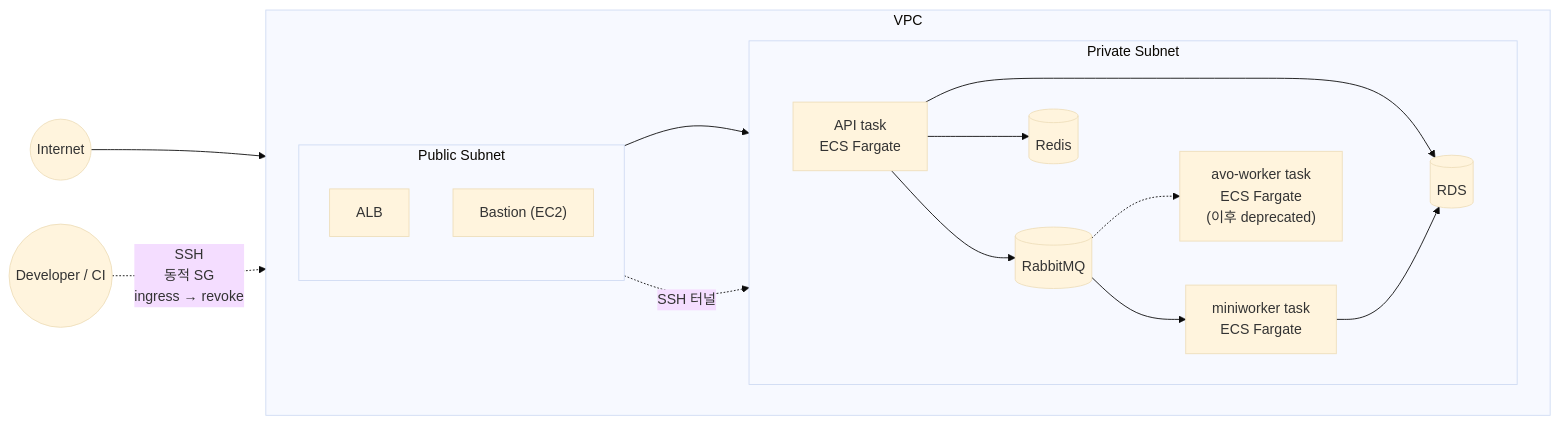
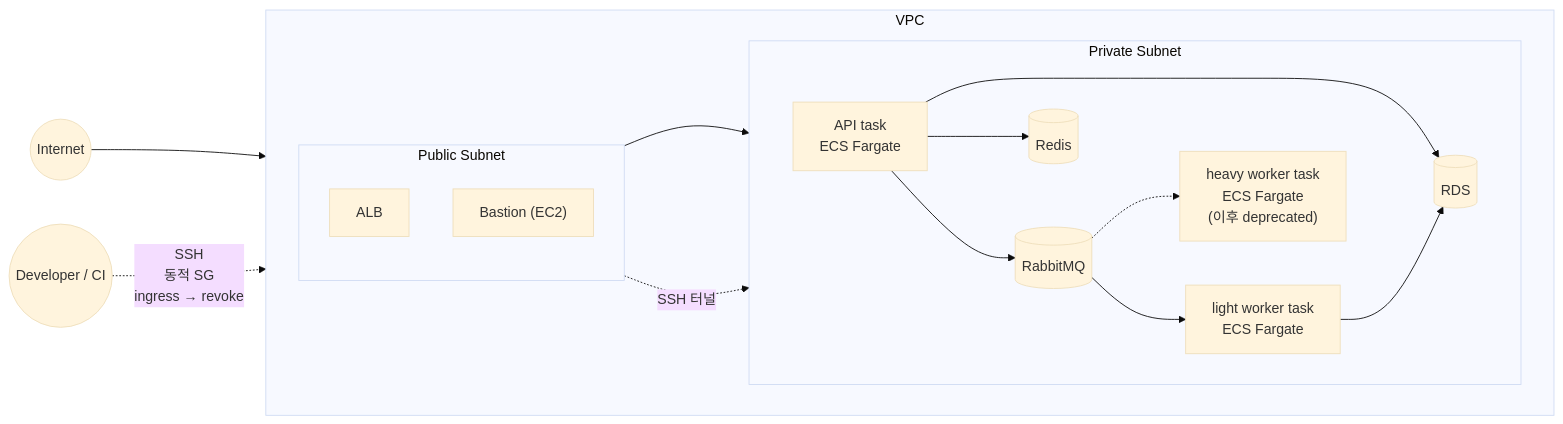
The sixth of 6 diagrams in _portfolio/portfolio.md (texasroh/texasroh.github.io), drawn with Mermaid (base theme) before and after one commit. The commit also changed other lines of this file, not shown here.

First line of the commit message:
docs(portfolio): rename avo-* workers + drop 1.3 cross-link

````diff
--- a/_portfolio/portfolio.md
+++ b/_portfolio/portfolio.md
@@ -234,32 +233,32 @@
 ```mermaid
 flowchart LR
     Internet((Internet)) --> ALB
     Dev((Developer / CI)) -.->|"SSH<br/>동적 SG<br/>ingress → revoke"| Bastion
 
     subgraph VPC ["VPC"]
         direction LR
         subgraph Pub ["Public Subnet"]
             direction TB
             ALB[ALB]
             Bastion["Bastion (EC2)"]
         end
         subgraph Priv ["Private Subnet"]
             direction LR
             API["API task<br/>ECS Fargate"]
             MQ[("RabbitMQ")]
-            Mini["miniworker task<br/>ECS Fargate"]
-            Worker["avo-worker task<br/>ECS Fargate<br/>(이후 deprecated)"]
+            Mini["light worker task<br/>ECS Fargate"]
+            Worker["heavy worker task<br/>ECS Fargate<br/>(이후 deprecated)"]
             RDS[(RDS)]
             Redis[(Redis)]
         end
     end
 
     ALB --> API
     API --> MQ
     API --> Redis
     API --> RDS
     MQ --> Mini
     MQ -.-> Worker
     Mini --> RDS
     Bastion -.->|SSH 터널| RDS
 ```
````
